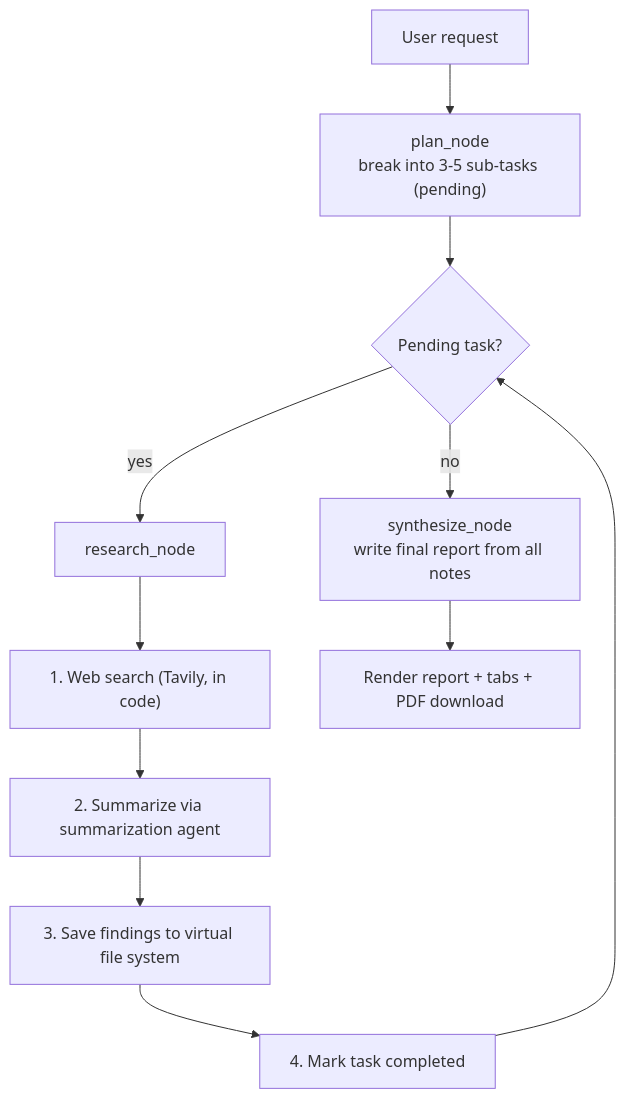
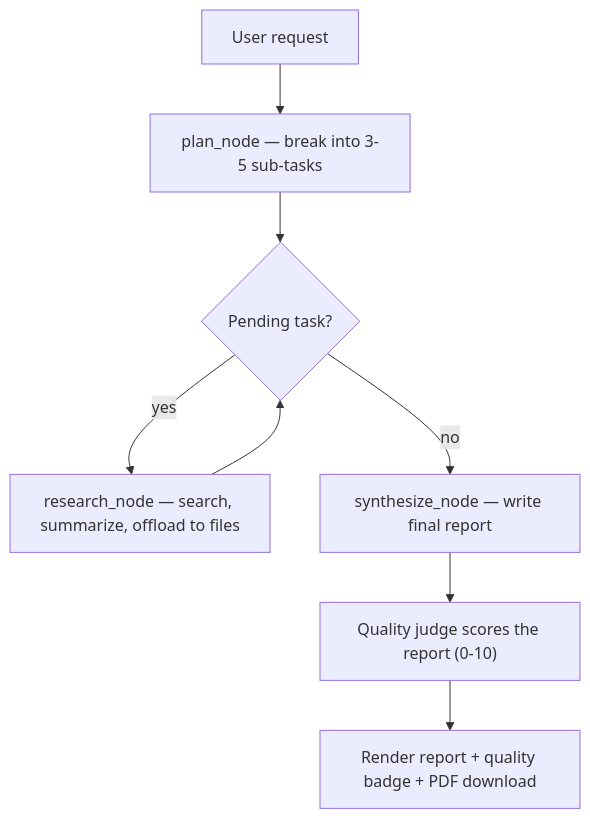
The second of 3 diagrams in README.md (Subhashreepattnaik/Autonomous_Cognitive_Engine), drawn with Mermaid before and after one commit. The commit also changed other lines of this file and 10 other files, not shown here.

Commit message:
Rewrite README; 120b main + 20b fallback; quality badge; eval in diagrams

````diff
--- a/README.md
+++ b/README.md
@@ -90,13 +90,10 @@
 ```mermaid
 flowchart TD
-    A[User request] --> B["plan_node<br/>break into 3-5 sub-tasks (pending)"]
+    A[User request] --> B["plan_node — break into 3-5 sub-tasks"]
     B --> C{Pending task?}
-    C -- yes --> D["research_node"]
-    D --> D1["1. Web search (Tavily, in code)"]
-    D1 --> D2["2. Summarize via summarization agent"]
-    D2 --> D3["3. Save findings to virtual file system"]
-    D3 --> D4["4. Mark task completed"]
-    D4 --> C
-    C -- no --> E["synthesize_node<br/>write final report from all notes"]
-    E --> F["Render report + tabs + PDF download"]
+    C -- yes --> D["research_node — search, summarize, offload to files"]
+    D --> C
+    C -- no --> E["synthesize_node — write final report"]
+    E --> F["Quality judge scores the report (0-10)"]
+    F --> G["Render report + quality badge + PDF download"]
 ```
````
